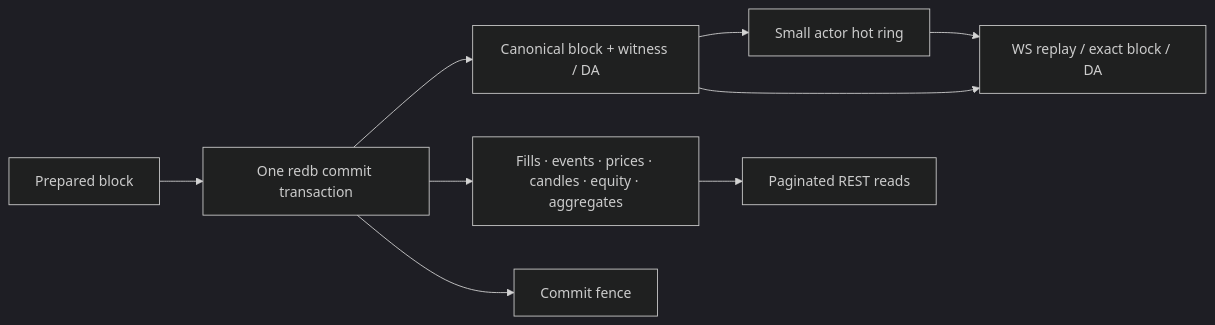
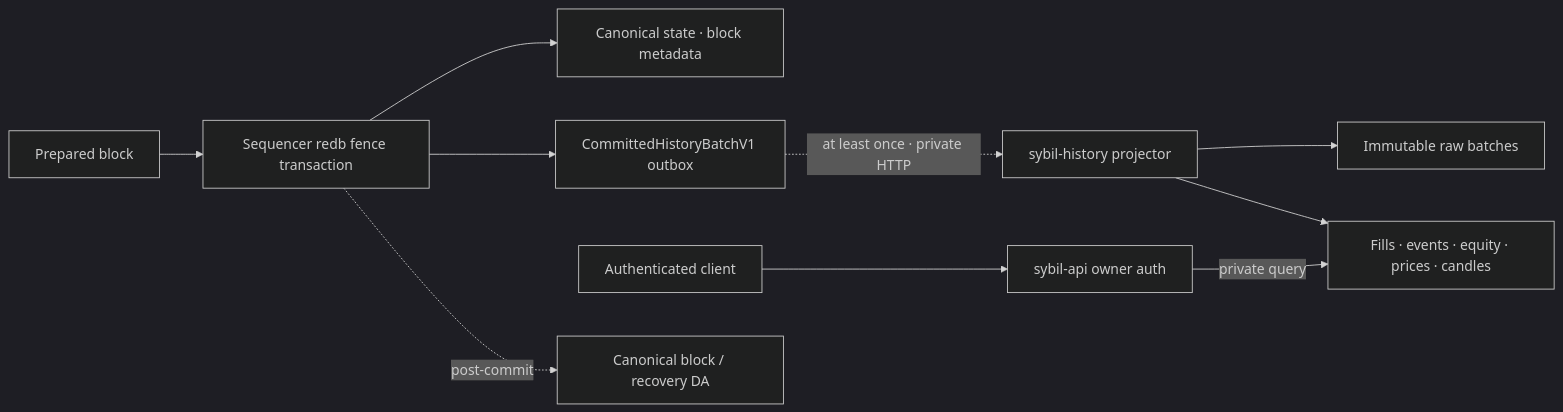
The diagram in docs/architecture/03-sequencing/Historical Data Serving.md (MetaB0y/sybil), drawn with Mermaid (dark theme) before and after one commit. The commit also changed other lines of this file and 78 other files, not shown here.

````diff
--- a/docs/architecture/03-sequencing/Historical Data Serving.md
+++ b/docs/architecture/03-sequencing/Historical Data Serving.md
@@ -20,11 +20,12 @@
 ```mermaid
 flowchart LR
-    BLOCK["Prepared block"] --> TX["One redb commit transaction"]
-    TX --> CANON["Canonical block + witness / DA"]
-    TX --> DERIVED["Fills · events · prices · candles · equity · aggregates"]
-    TX --> FENCE["Commit fence"]
-    CANON --> HOT["Small actor hot ring"]
-    DERIVED --> API["Paginated REST reads"]
-    CANON --> REPLAY["WS replay / exact block / DA"]
-    HOT --> REPLAY
+    BLOCK["Prepared block"] --> FENCE["Sequencer redb fence transaction"]
+    FENCE --> STATE["Canonical state · block metadata"]
+    FENCE --> OUTBOX["CommittedHistoryBatchV1 outbox"]
+    OUTBOX -.->|"at least once · private HTTP"| HIST["sybil-history projector"]
+    HIST --> RAW["Immutable raw batches"]
+    HIST --> VIEWS["Fills · events · equity · prices · candles"]
+    API["sybil-api owner auth"] -->|"private query"| VIEWS
+    USER["Authenticated client"] --> API
+    FENCE -.->|"post-commit"| DA["Canonical block / recovery DA"]
 ```
````
